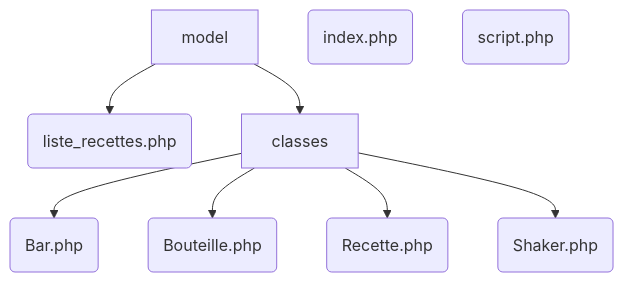
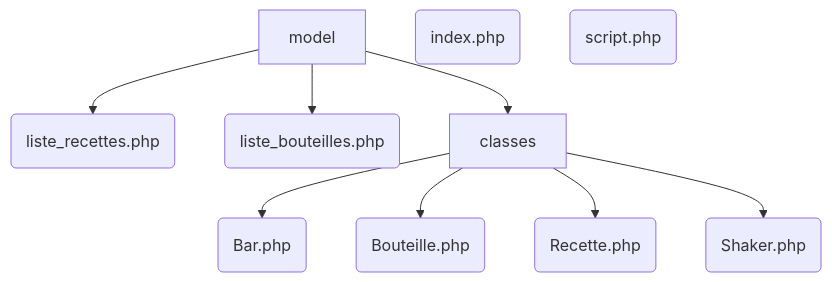
The diagram in README.md (MogwaiRGod/BeBar), drawn with Mermaid before and after one commit.

````diff
--- a/README.md
+++ b/README.md
@@ -16,11 +16,12 @@
 ```mermaid
 graph TD;
     A[model]--> I(liste_recettes.php)
+    A[model]--> J(liste_bouteilles.php)
     A --> B[classes]
     B --> E(Bar.php)
     B --> F(Bouteille.php)
     B --> G(Recette.php)
     B --> H(Shaker.php)
     C(index.php)
     D(script.php)
 ```
````
